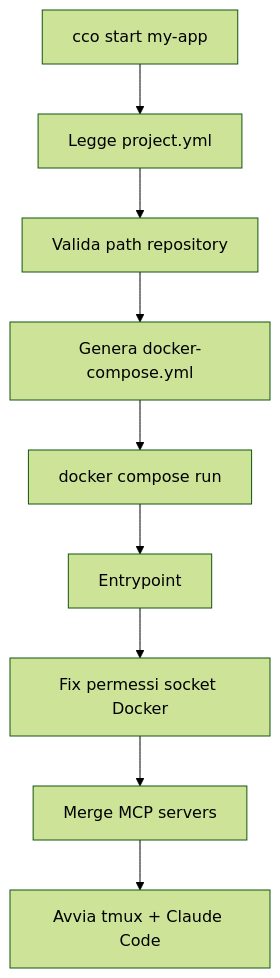
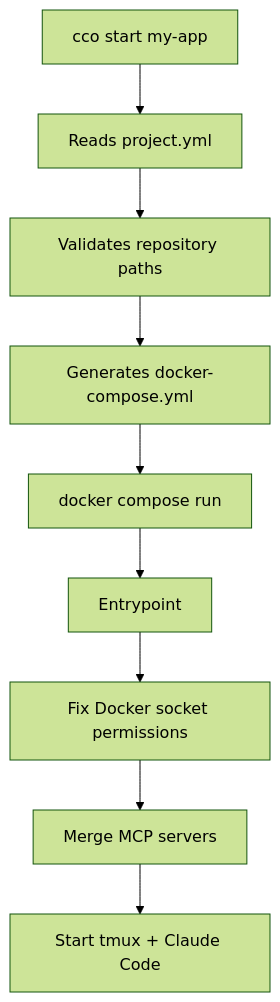
Before and after one commit to alergyonthestage/claude-orchestrator: the diagram in docs/getting-started/first-project.md, drawn with Mermaid (forest theme). The commit also changed other lines of this file and 18 other files, not shown here.

````diff
--- a/docs/getting-started/first-project.md
+++ b/docs/getting-started/first-project.md
@@ -94,11 +94,11 @@
 ```mermaid
 graph TD
-    A["cco start my-app"] --> B["Legge project.yml"]
-    B --> C["Valida path repository"]
-    C --> D["Genera docker-compose.yml"]
+    A["cco start my-app"] --> B["Reads project.yml"]
+    B --> C["Validates repository paths"]
+    C --> D["Generates docker-compose.yml"]
     D --> E["docker compose run"]
     E --> F["Entrypoint"]
-    F --> G["Fix permessi socket Docker"]
+    F --> G["Fix Docker socket permissions"]
     G --> H["Merge MCP servers"]
-    H --> I["Avvia tmux + Claude Code"]
+    H --> I["Start tmux + Claude Code"]
 ```
````
